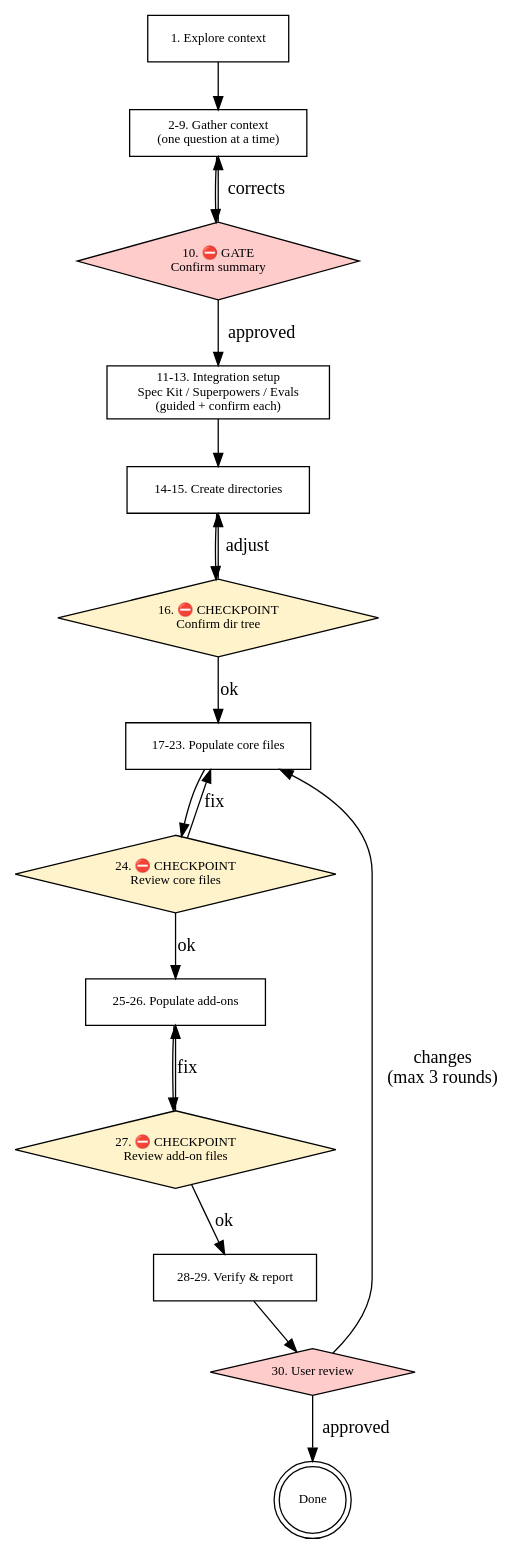
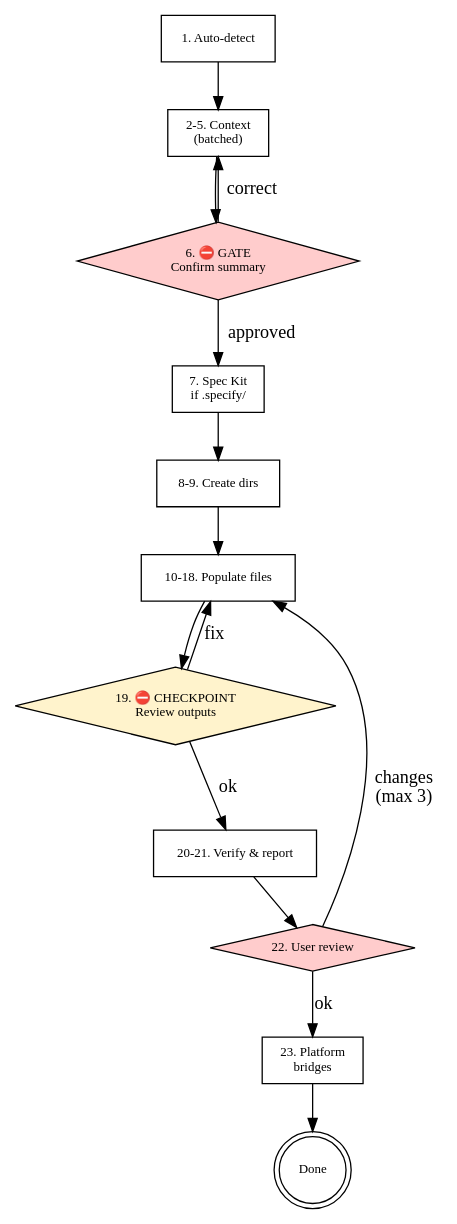
The diagram in skills/my-harness/SKILL.md (sh00tg0a1/my-harness), drawn with Graphviz before and after one commit. The commit also changed other lines of this file and 4 other files, not shown here.

First line of the commit message:
Simplify harness scaffold flow and add post-generation usage

````diff
--- a/skills/my-harness/SKILL.md
+++ b/skills/my-harness/SKILL.md
@@ -58,38 +65,32 @@
 ```dot
 digraph harness {
     rankdir=TB;
     node [fontsize=10];
 
-    explore [label="1. Explore context" shape=box];
-    gather [label="2-9. Gather context\n(one question at a time)" shape=box];
-    gate1 [label="10. ⛔ GATE\nConfirm summary" shape=diamond style=filled fillcolor="#ffcccc"];
-    integrations [label="11-13. Integration setup\nSpec Kit / Superpowers / Evals\n(guided + confirm each)" shape=box];
-    create_dirs [label="14-15. Create directories" shape=box];
-    cp_dirs [label="16. ⛔ CHECKPOINT\nConfirm dir tree" shape=diamond style=filled fillcolor="#fff3cc"];
-    populate_core [label="17-23. Populate core files" shape=box];
-    cp_core [label="24. ⛔ CHECKPOINT\nReview core files" shape=diamond style=filled fillcolor="#fff3cc"];
-    populate_addons [label="25-26. Populate add-ons" shape=box];
-    cp_addons [label="27. ⛔ CHECKPOINT\nReview add-on files" shape=diamond style=filled fillcolor="#fff3cc"];
-    verify [label="28-29. Verify & report" shape=box];
-    review [label="30. User review" shape=diamond style=filled fillcolor="#ffcccc"];
+    detect [label="1. Auto-detect" shape=box];
+    p1 [label="2-5. Context\n(batched)" shape=box];
+    gate1 [label="6. ⛔ GATE\nConfirm summary" shape=diamond style=filled fillcolor="#ffcccc"];
+    speckit [label="7. Spec Kit\nif .specify/" shape=box];
+    create_dirs [label="8-9. Create dirs" shape=box];
+    populate [label="10-18. Populate files" shape=box];
+    cp [label="19. ⛔ CHECKPOINT\nReview outputs" shape=diamond style=filled fillcolor="#fff3cc"];
+    verify [label="20-21. Verify & report" shape=box];
+    review [label="22. User review" shape=diamond style=filled fillcolor="#ffcccc"];
+    phase5 [label="23. Platform\nbridges" shape=box];
     done [label="Done" shape=doublecircle];
 
-    explore -> gather;
-    gather -> gate1;
-    gate1 -> gather [label="corrects"];
-    gate1 -> integrations [label="approved"];
-    integrations -> create_dirs;
-    create_dirs -> cp_dirs;
-    cp_dirs -> create_dirs [label="adjust"];
-    cp_dirs -> populate_core [label="ok"];
-    populate_core -> cp_core;
-    cp_core -> populate_core [label="fix"];
-    cp_core -> populate_addons [label="ok"];
-    populate_addons -> cp_addons;
-    cp_addons -> populate_addons [label="fix"];
-    cp_addons -> verify [label="ok"];
+    detect -> p1;
+    p1 -> gate1;
+    gate1 -> p1 [label="correct"];
+    gate1 -> speckit [label="approved"];
+    speckit -> create_dirs;
+    create_dirs -> populate;
+    populate -> cp;
+    cp -> populate [label="fix"];
+    cp -> verify [label="ok"];
     verify -> review;
-    review -> populate_core [label="changes\n(max 3 rounds)"];
-    review -> done [label="approved"];
+    review -> populate [label="changes\n(max 3)"];
+    review -> phase5 [label="ok"];
+    phase5 -> done;
 }
 ```
````
